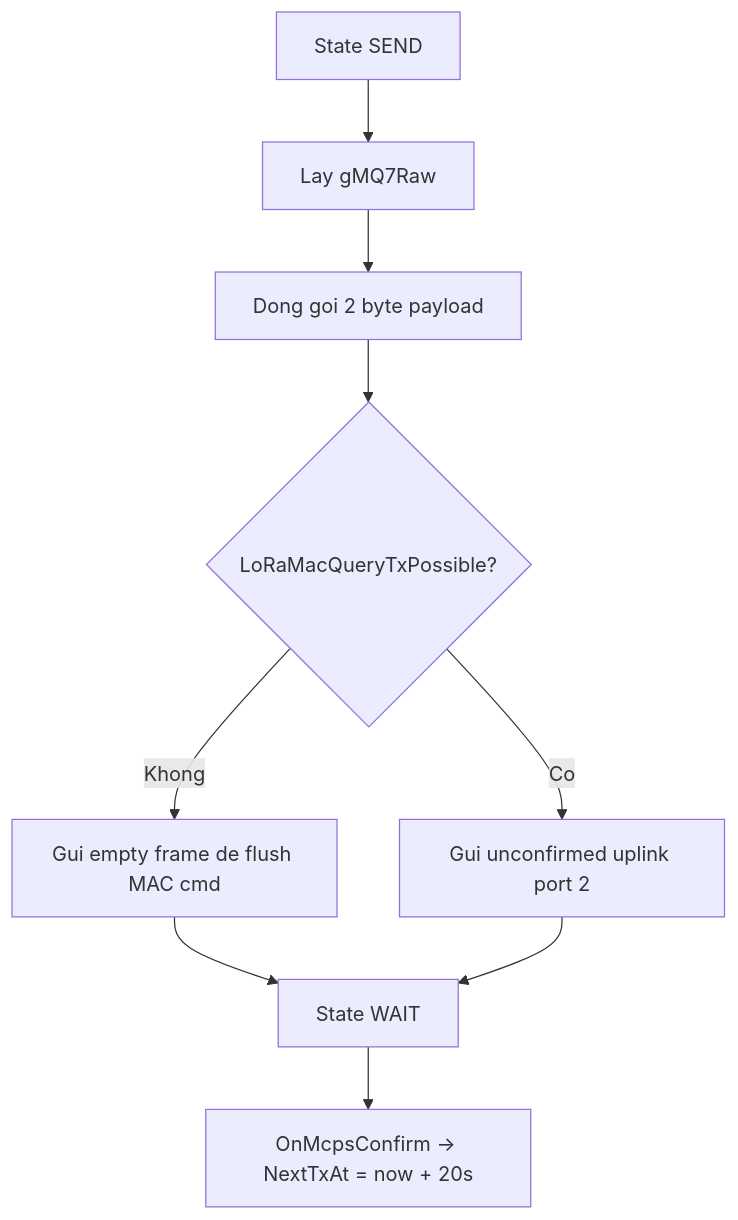
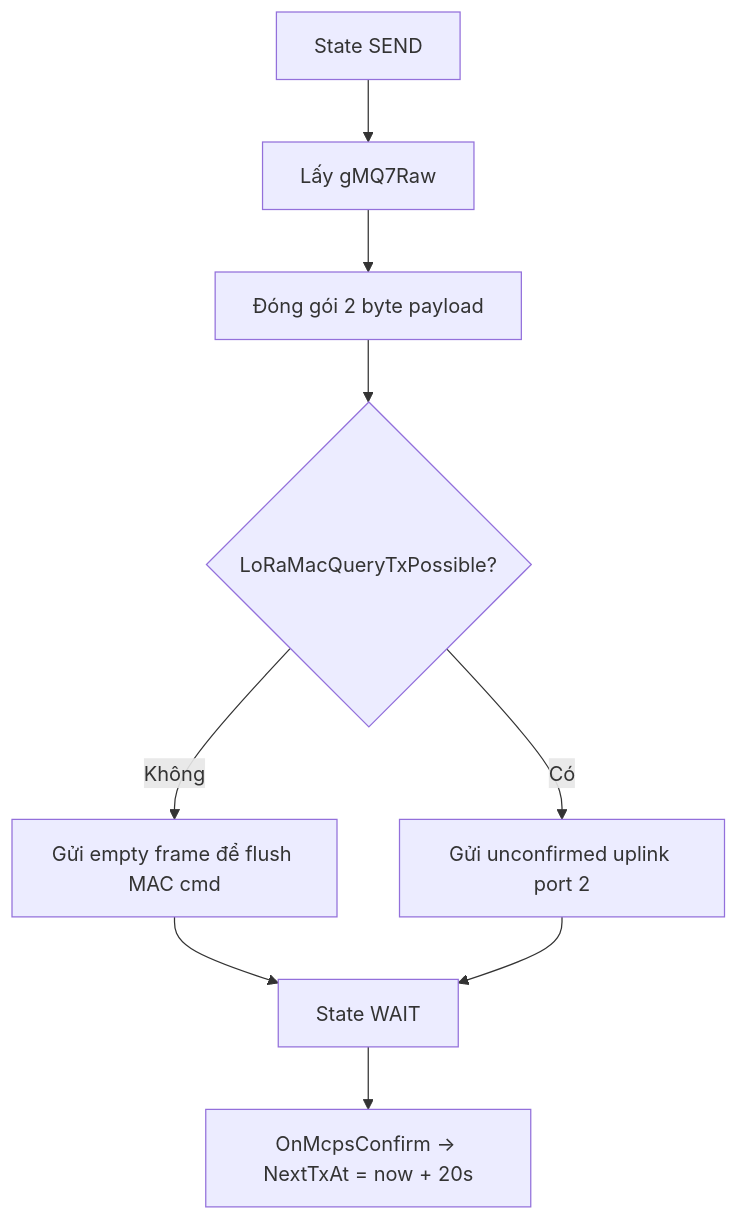
One commit to vuongpq/lorawan-node-f401 changed the seventh of 8 diagrams in docs/bao-cao-thuyet-minh-lorawan-node.md. Above: the diagram before and after it, drawn with Mermaid. The commit also changed other lines of this file, not shown here.

````diff
--- a/docs/bao-cao-thuyet-minh-lorawan-node.md
+++ b/docs/bao-cao-thuyet-minh-lorawan-node.md
@@ -230,11 +230,11 @@
 ```mermaid
 flowchart TD
-    A[State SEND] --> B[Lay gMQ7Raw]
-    B --> C[Dong goi 2 byte payload]
+    A[State SEND] --> B[Lấy gMQ7Raw]
+    B --> C[Đóng gói 2 byte payload]
     C --> D{LoRaMacQueryTxPossible?}
-    D -- Khong --> E[Gui empty frame de flush MAC cmd]
-    D -- Co --> F[Gui unconfirmed uplink port 2]
+    D -- Không --> E[Gửi empty frame để flush MAC cmd]
+    D -- Có --> F[Gửi unconfirmed uplink port 2]
     E --> G[State WAIT]
     F --> G
     G --> H[OnMcpsConfirm -> NextTxAt = now + 20s]
 ```
````
